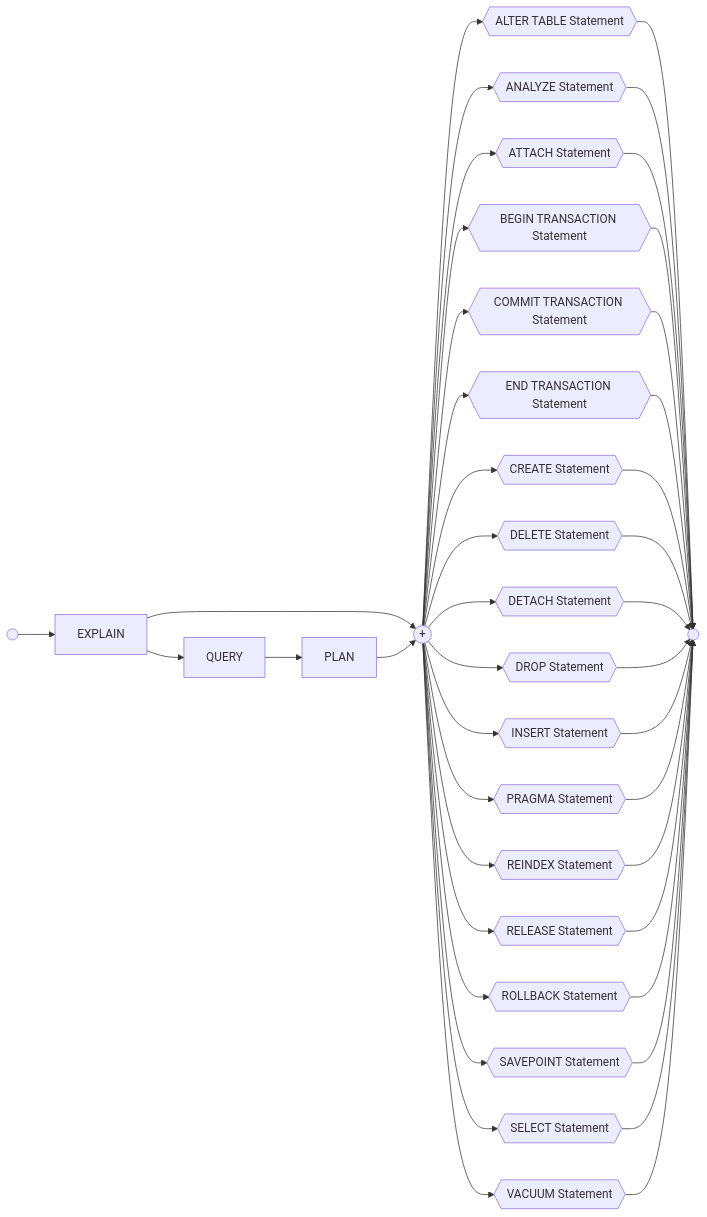
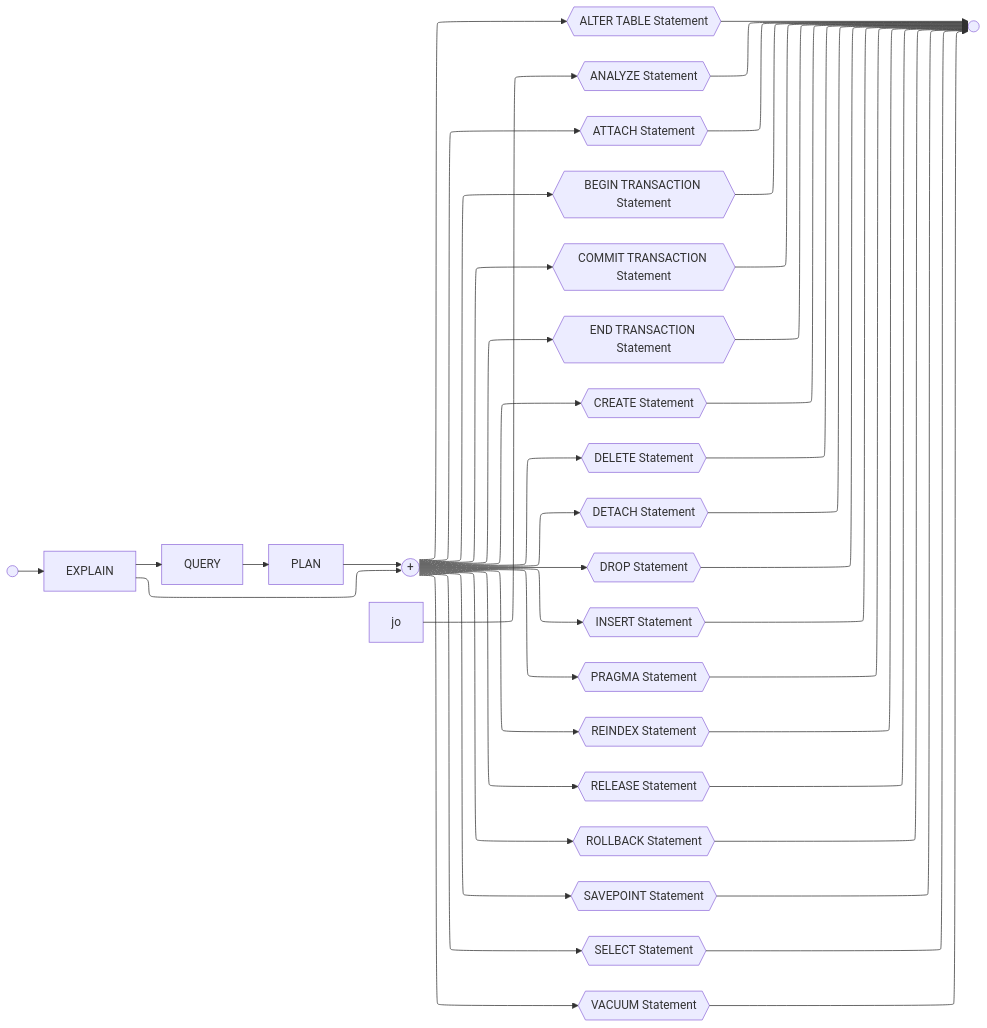
Before and after one commit to JEleniel/epiloglite: the diagram in docs/design/sql_syntax/Statements/EXPLAIN.md, drawn with Mermaid. The commit also changed 83 other files, not shown here.

````diff
--- a/docs/design/sql_syntax/Statements/EXPLAIN.md
+++ b/docs/design/sql_syntax/Statements/EXPLAIN.md
@@ -9,47 +9,51 @@
 ```mermaid
+---
+config:
+  layout: elk
+---
 graph LR
 	st(( ))
 	stop(( ))
 	
 	st --> EXPLAIN
 	EXPLAIN --> QUERY
 	EXPLAIN --> j0((+))
 	QUERY --> PLAN
 	PLAN --> j0
 	j0 --> alter_table_statement{{ALTER TABLE Statement}}
-	j0 --> analyze_statement{{ANALYZE Statement}}
+	jo --> analyze_statement{{ANALYZE Statement}}
 	j0 --> attach_statement{{ATTACH Statement}}
 	j0 --> begin_transaction_statement{{BEGIN TRANSACTION Statement}}
 	j0 --> commit_transaction_statement{{COMMIT TRANSACTION Statement}}
 	j0 --> end_transaction_statement{{END TRANSACTION Statement}}
 	j0 --> create_statement{{CREATE Statement}}
 	j0 --> delete_statement{{DELETE Statement}}
 	j0 --> detach_statement{{DETACH Statement}}
 	j0 --> drop_statement{{DROP Statement}}
 	j0 --> insert_statement{{INSERT Statement}}
 	j0 --> pragma_statement{{PRAGMA Statement}}
 	j0 --> reindex_statement{{REINDEX Statement}}
 	j0 --> release_statement{{RELEASE Statement}}
 	j0 --> rollback_transaction_statement{{ROLLBACK Statement}}
 	j0 --> savepoint_statement{{SAVEPOINT Statement}}
 	j0 --> select_statement{{SELECT Statement}}
 	j0 --> vacuum_statement{{VACUUM Statement}}
 	alter_table_statement --> stop
 	analyze_statement --> stop
 	attach_statement --> stop
 	begin_transaction_statement --> stop
 	commit_transaction_statement --> stop
 	end_transaction_statement --> stop
 	create_statement --> stop
 	delete_statement --> stop
 	detach_statement --> stop
 	drop_statement --> stop
 	insert_statement --> stop
 	pragma_statement --> stop
 	reindex_statement --> stop
 	release_statement --> stop
 	rollback_transaction_statement --> stop
 	savepoint_statement --> stop
 	select_statement --> stop
 	vacuum_statement --> stop
 ```
````
